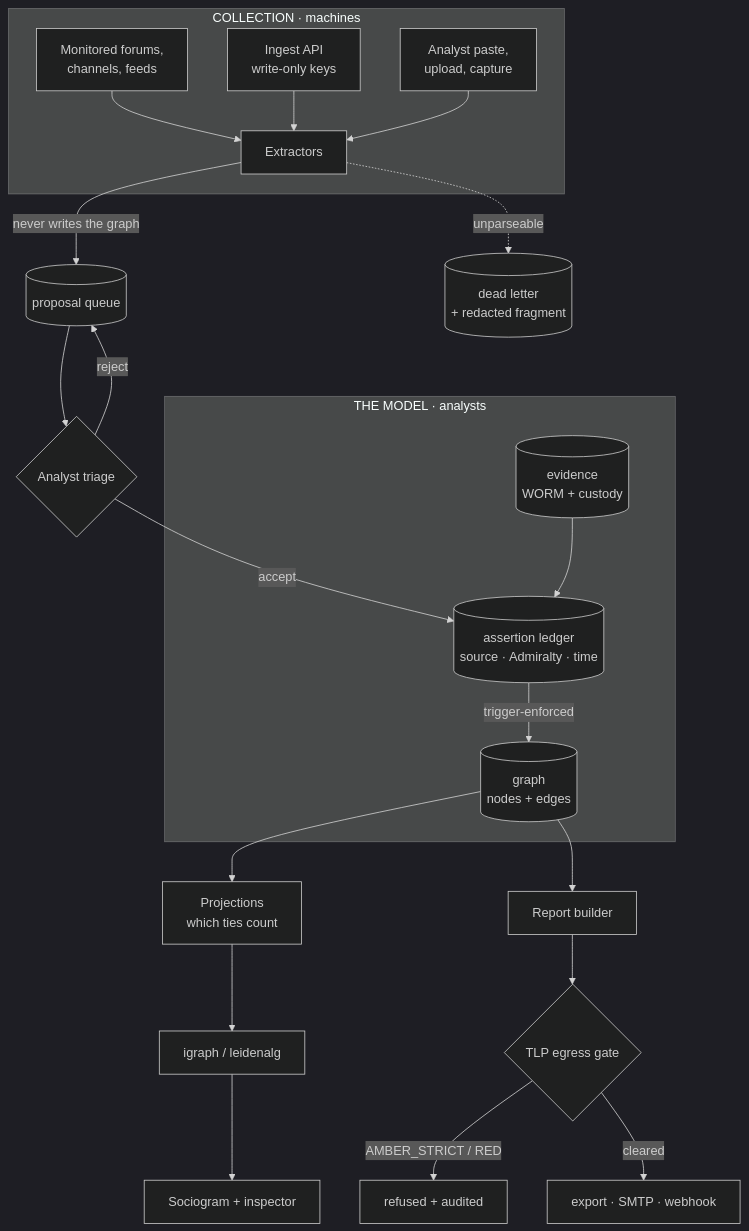
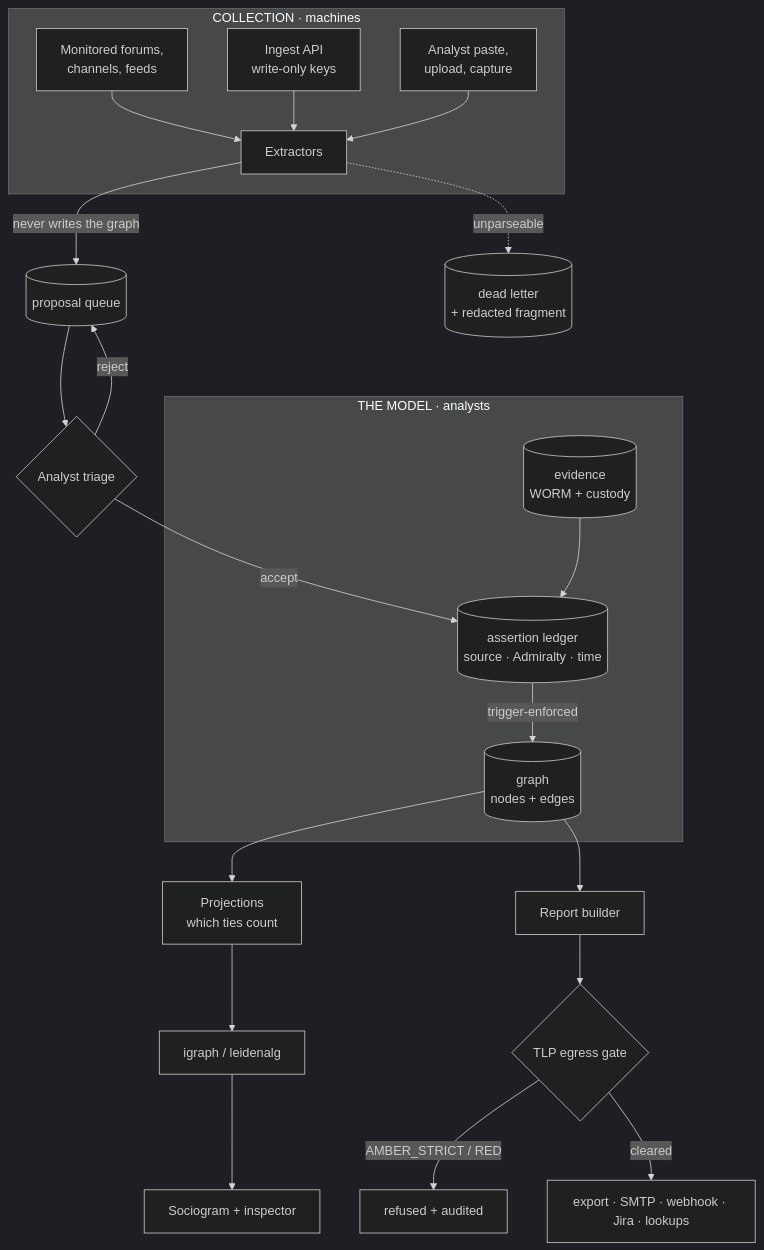
Before and after one commit to dboudreau00/NocTORnal: the first of 3 diagrams in README.md, drawn with Mermaid (dark theme). The commit also changed other lines of this file and 555 other files, not shown here.

First line of the commit message:
Roadmap F1 to F15, L1 to L6, the egress proxy and row-level security

````diff
--- a/README.md
+++ b/README.md
@@ -496,30 +516,30 @@
 ```mermaid
 flowchart TB
     subgraph collect["COLLECTION · machines"]
         F["Monitored forums,<br/>channels, feeds"] --> X["Extractors"]
         I["Ingest API<br/>write-only keys"] --> X
         U["Analyst paste,<br/>upload, capture"] --> X
     end
 
     X -->|"never writes the graph"| P[("proposal queue")]
     X -.->|"unparseable"| DL[("dead letter<br/>+ redacted fragment")]
 
     P --> T{"Analyst triage"}
     T -->|reject| P
     T -->|accept| A
 
     subgraph model["THE MODEL · analysts"]
         A[("assertion ledger<br/>source · Admiralty · time")]
         A -->|"trigger-enforced"| G[("graph<br/>nodes + edges")]
         E[("evidence<br/>WORM + custody")] --> A
     end
 
     G --> PR["Projections<br/>which ties count"]
     PR --> SNA["igraph / leidenalg"]
     SNA --> INS["Sociogram + inspector"]
 
     G --> RPT["Report builder"]
     RPT --> EG{"TLP egress gate"}
     EG -->|"AMBER_STRICT / RED"| STOP["refused + audited"]
-    EG -->|cleared| OUT["export · SMTP · webhook"]
+    EG -->|cleared| OUT["export · SMTP · webhook · Jira · lookups"]
 ```
````
